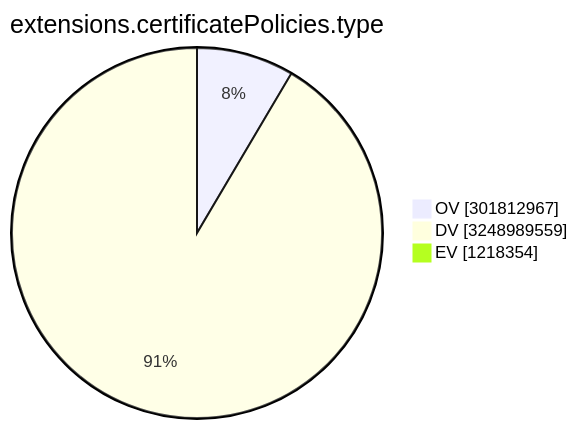
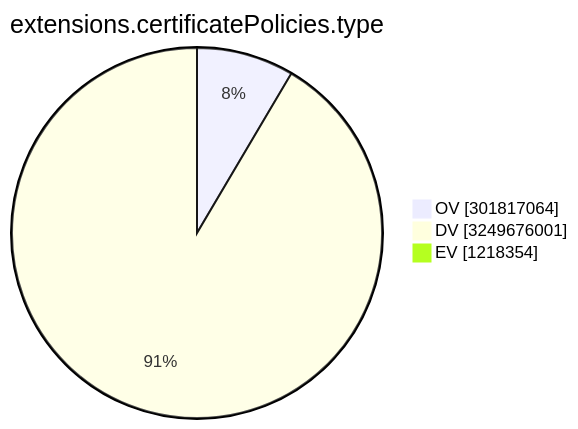
Before and after one commit to christiankrug/ctmonitor_visualization: the ninth of 15 diagrams in TOTAL/README.md, drawn with Mermaid. The commit also changed other lines of this file, not shown here.

````diff
--- a/TOTAL/README.md
+++ b/TOTAL/README.md
@@ -3107,7 +3107,7 @@
 ```mermaid
 pie showData
 title extensions.certificatePolicies.type
-"OV" :301812967
-"DV" :3248989559
+"OV" :301817064
+"DV" :3249676001
 "EV" :1218354
 ```
````
